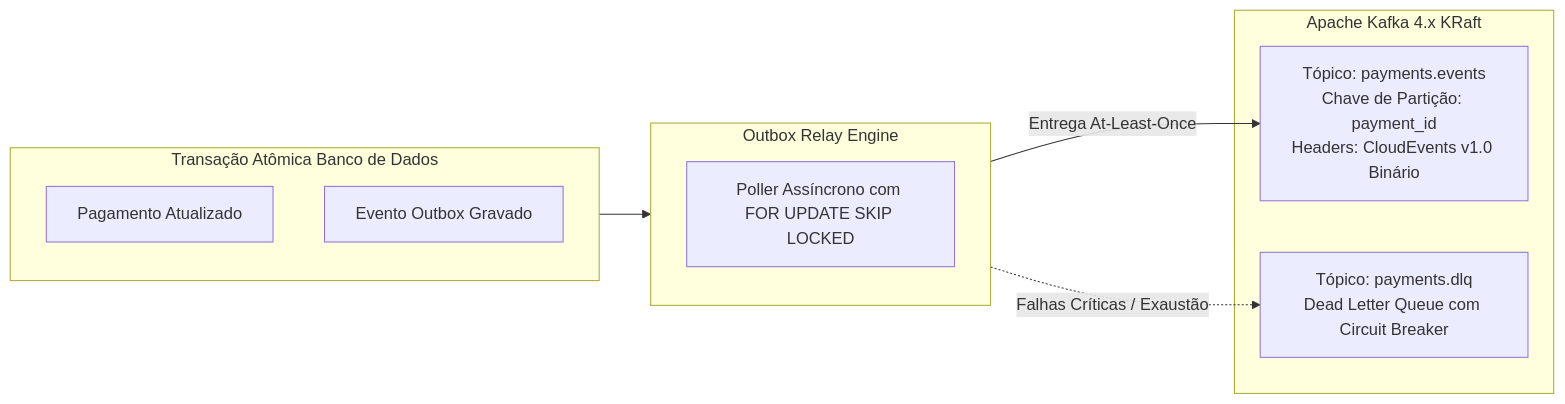
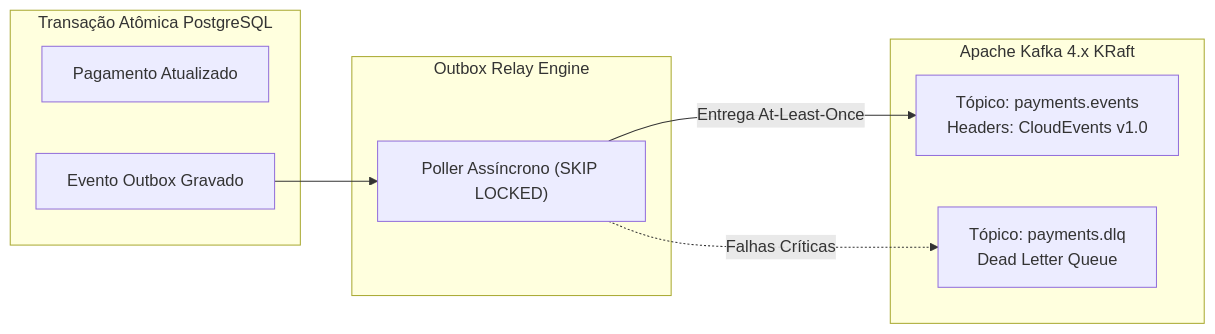
One commit to Bettonix/payments-api changed the third of 4 diagrams in README.md. Above: the diagram before and after it, drawn with Mermaid. The commit also changed other lines of this file and 4 other files, not shown here.

Commit message:
fix: configure prometheus scraping in lgtm, align dashboard metric queries, and fix mermaid diagrams in readme

````diff
--- a/README.md
+++ b/README.md
@@ -144,20 +142,20 @@
 ```mermaid
 flowchart LR
-    subgraph Transaction [Transação Atômica Banco de Dados]
-        P[Pagamento Atualizado]
-        O[Evento Outbox Gravado]
+    subgraph Transaction ["Transação Atômica PostgreSQL"]
+        P["Pagamento Atualizado"]
+        O["Evento Outbox Gravado"]
     end
 
-    subgraph Relay [Outbox Relay Engine]
-        Worker[Poller Assíncrono com FOR UPDATE SKIP LOCKED]
+    subgraph Relay ["Outbox Relay Engine"]
+        Worker["Poller Assíncrono (SKIP LOCKED)"]
     end
 
-    subgraph KafkaCluster [Apache Kafka 4.x KRaft]
-        Topic[Tópico: payments.events<br>Chave de Partição: payment_id<br>Headers: CloudEvents v1.0 Binário]
-        DLQ[Tópico: payments.dlq<br>Dead Letter Queue com Circuit Breaker]
+    subgraph KafkaCluster ["Apache Kafka 4.x KRaft"]
+        Topic["Tópico: payments.events<br/>Headers: CloudEvents v1.0"]
+        DLQ["Tópico: payments.dlq<br/>Dead Letter Queue"]
     end
 
-    Transaction --> Relay
-    Relay -->|Entrega At-Least-Once| Topic
-    Relay -.->|Falhas Críticas / Exaustão| DLQ
+    O --> Worker
+    Worker -->|Entrega At-Least-Once| Topic
+    Worker -.->|Falhas Críticas| DLQ
 ```
````
